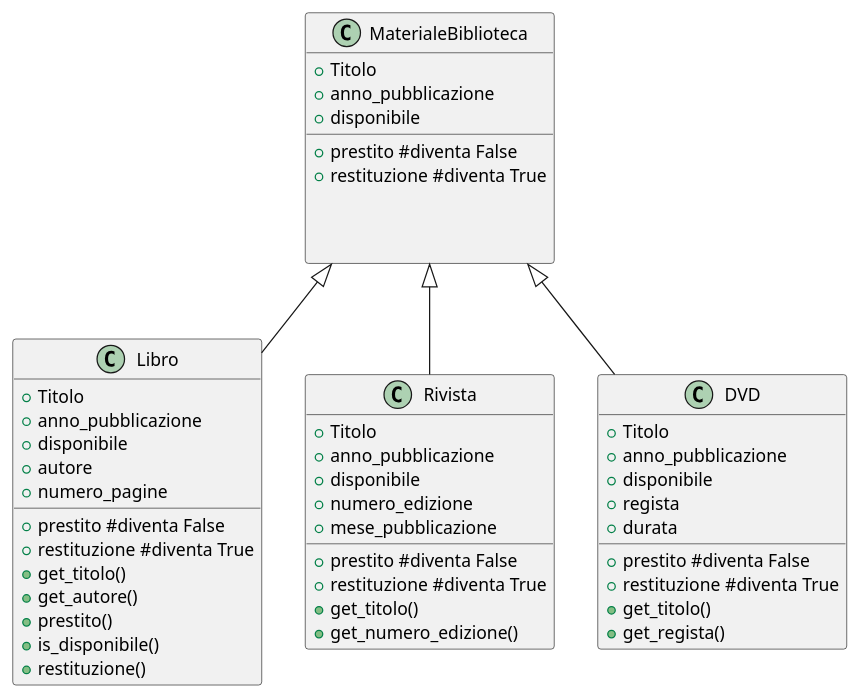
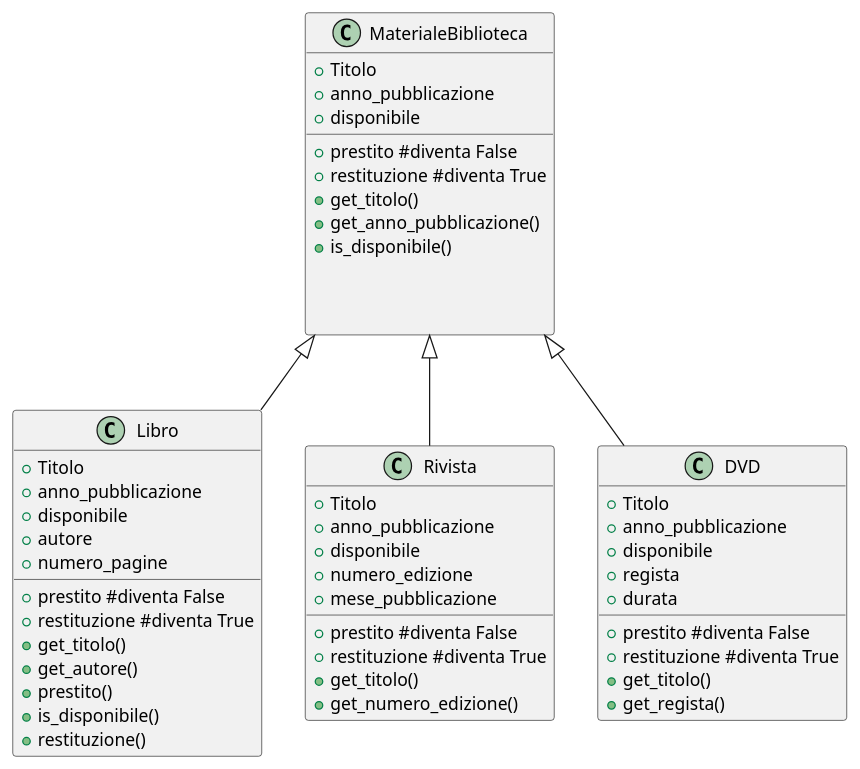
One commit to MarcoArlotti/ssh_sync_4- changed the diagram in arlotti_es07/es07.puml. Above: the diagram before and after it, drawn with PlantUML. The commit also changed 1 other file, not shown here.

```diff
--- a/arlotti_es07/es07.puml
+++ b/arlotti_es07/es07.puml
@@ -1,55 +1,58 @@
 @startuml
 MaterialeBiblioteca ^-- Libro
 MaterialeBiblioteca ^-- Rivista
 MaterialeBiblioteca ^-- DVD
 class MaterialeBiblioteca {
     +Titolo
     +anno_pubblicazione
     +disponibile
     __
     +prestito #diventa False
     +restituzione #diventa True
+    +get_titolo()
+    +get_anno_pubblicazione()
+    +is_disponibile()
     
     
 
 }
 class Libro {
     +Titolo
     +anno_pubblicazione
     +disponibile
     +autore
     +numero_pagine
     __
     +prestito #diventa False
     +restituzione #diventa True
     +get_titolo()
     +get_autore()
     +prestito()
     +is_disponibile()
     +restituzione()
 }
 class Rivista {
     +Titolo
     +anno_pubblicazione
     +disponibile
     +numero_edizione
     +mese_pubblicazione
     __
     +prestito #diventa False
     +restituzione #diventa True
     +get_titolo()
     +get_numero_edizione()
 }
 class DVD {
     +Titolo
     +anno_pubblicazione
     +disponibile
     +regista
     +durata
     __
     +prestito #diventa False
     +restituzione #diventa True
     +get_titolo()
     +get_regista()
 }
 @enduml
```
